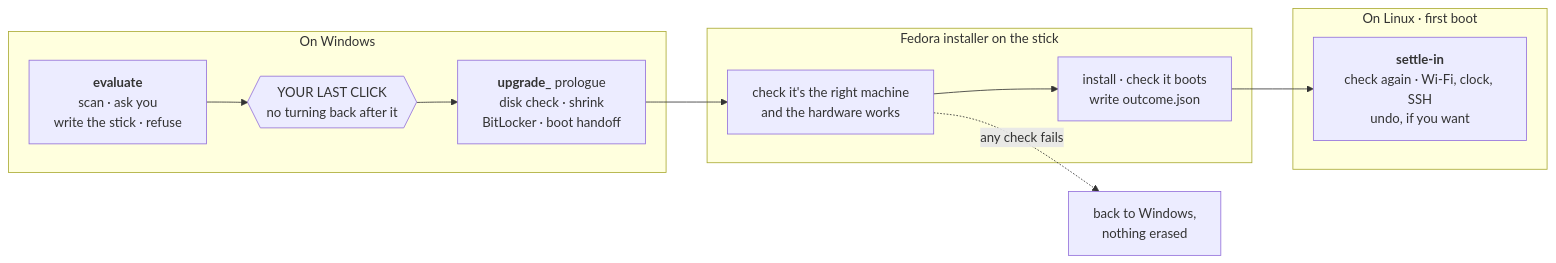
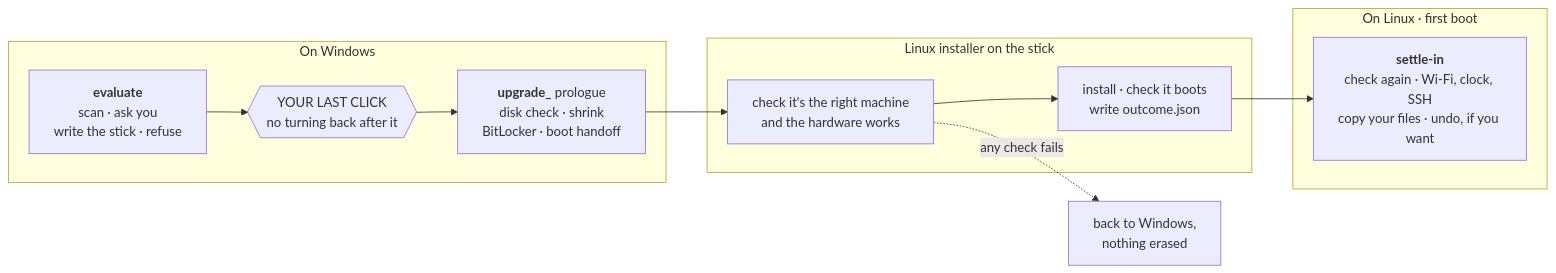
Before and after one commit to addlatt/upgrade_: the diagram in README.md, drawn with Mermaid. The commit also changed other lines of this file and 2 other files, not shown here.

First line of the commit message:
README: pre-alpha, try it at your own risk (decided 2026-11-20, the owner); brought up to date with Ubuntu, the file copy and reclaim

````diff
--- a/README.md
+++ b/README.md
@@ -48,17 +49,17 @@
 ```mermaid
 flowchart LR
     subgraph W["On Windows"]
         E["<b>evaluate</b><br/>scan · ask you<br/>write the stick · refuse"]
         C{{"YOUR LAST CLICK<br/>no turning back after it"}}
         P["<b>upgrade_</b> prologue<br/>disk check · shrink<br/>BitLocker · boot handoff"]
     end
-    subgraph I["Fedora installer on the stick"]
+    subgraph I["Linux installer on the stick"]
         V["check it's the right machine<br/>and the hardware works"]
         X["install · check it boots<br/>write outcome.json"]
     end
     subgraph L["On Linux · first boot"]
-        S["<b>settle-in</b><br/>check again · Wi-Fi, clock, SSH<br/>undo, if you want"]
+        S["<b>settle-in</b><br/>check again · Wi-Fi, clock, SSH<br/>copy your files · undo, if you want"]
     end
     E --> C --> P --> V --> X --> S
     V -. "any check fails" .-> R["back to Windows,<br/>nothing erased"]
 ```
````
